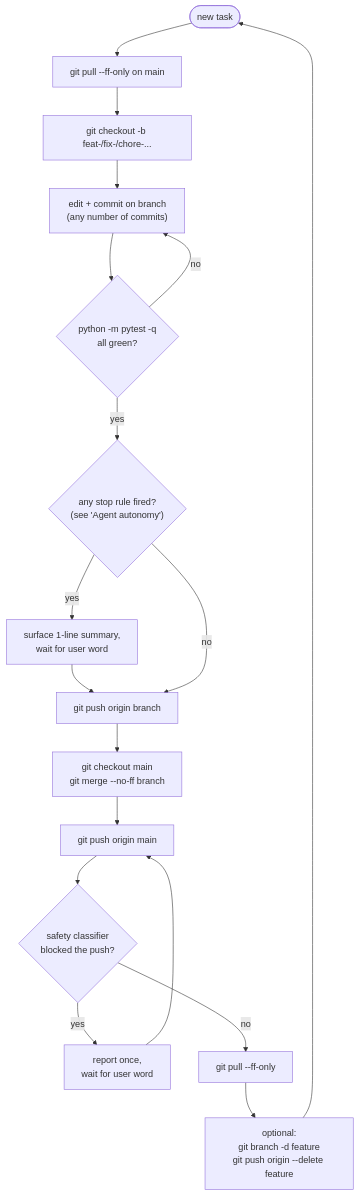
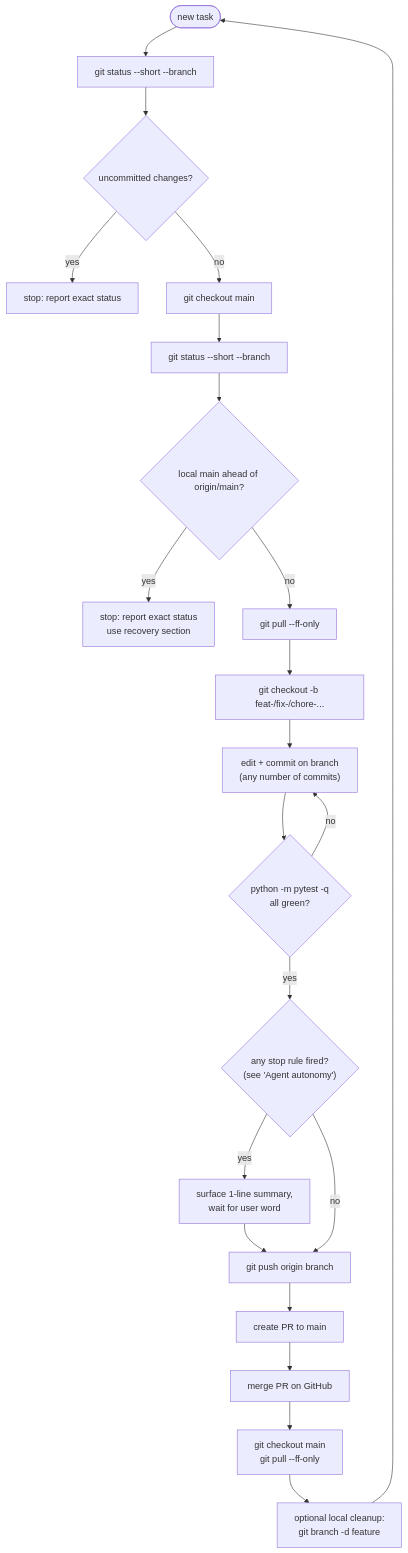
One commit to hilbertp/job-bot changed the diagram in WORKFLOW.md. Above: the diagram before and after it, drawn with Mermaid. The commit also changed other lines of this file and 1 other file, not shown here.

Commit message:
docs(workflow): harden Claude source-control flow

````diff
--- a/WORKFLOW.md
+++ b/WORKFLOW.md
@@ -8,29 +12,31 @@
 ```mermaid
 flowchart TD
-    start([new task]) --> pull["git pull --ff-only on main"]
+    start([new task]) --> status["git status --short --branch"]
+    status --> dirty{"uncommitted changes?"}
+    dirty -- yes --> pause["stop: report exact status"]
+    dirty -- no --> checkout["git checkout main"]
+    checkout --> mainstatus["git status --short --branch"]
+    mainstatus --> ahead{"local main ahead of origin/main?"}
+    ahead -- yes --> recover["stop: report exact status
+use recovery section"]
+    ahead -- no --> pull["git pull --ff-only"]
     pull --> branch["git checkout -b feat-/fix-/chore-..."]
     branch --> edit["edit + commit on branch
 (any number of commits)"]
     edit --> test{"python -m pytest -q
 all green?"}
     test -- no --> edit
     test -- yes --> stop{"any stop rule fired?
 (see 'Agent autonomy')"}
     stop -- yes --> ask["surface 1-line summary,
 wait for user word"]
     ask --> pushbranch
     stop -- no --> pushbranch["git push origin branch"]
-    pushbranch --> merge["git checkout main
-git merge --no-ff branch"]
-    merge --> pushmain["git push origin main"]
-    pushmain --> blocked{"safety classifier
-blocked the push?"}
-    blocked -- yes --> wait["report once,
-wait for user word"]
-    wait --> pushmain
-    blocked -- no --> repull["git pull --ff-only"]
-    repull --> cleanup["optional:
-git branch -d feature
-git push origin --delete feature"]
+    pushbranch --> pr["create PR to main"]
+    pr --> prmerge["merge PR on GitHub"]
+    prmerge --> repull["git checkout main
+git pull --ff-only"]
+    repull --> cleanup["optional local cleanup:
+git branch -d feature"]
     cleanup --> start
 ```
````
